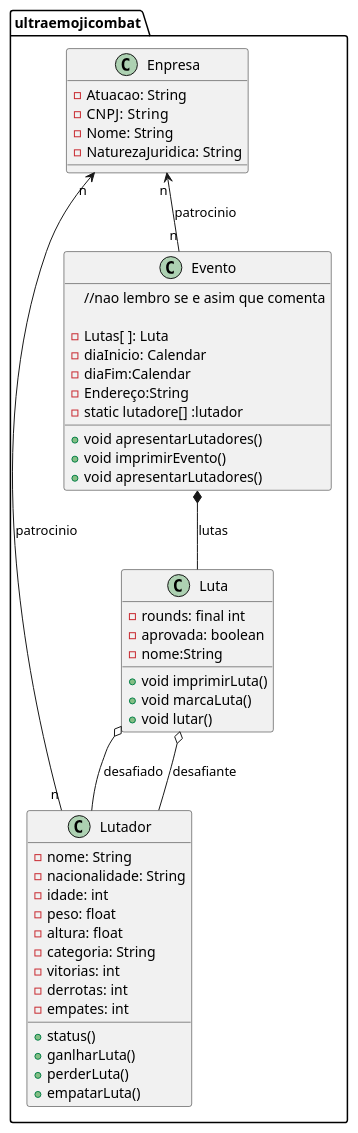
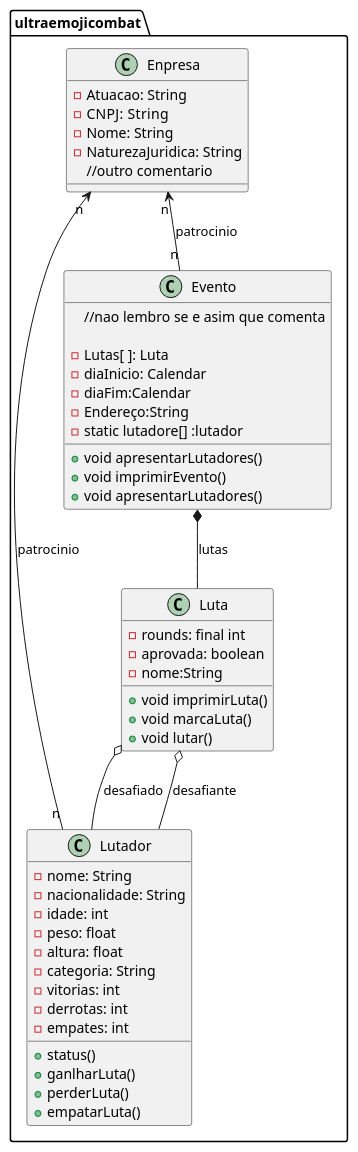
One commit to guisiq/ultraemojicombat changed the diagram in exercicio.wsd. Above: the diagram before and after it, drawn with PlantUML.

```diff
--- a/exercicio.wsd
+++ b/exercicio.wsd
@@ -1,52 +1,53 @@
 @startuml exercicio
 package  ultraemojicombat <<folder>>{
 
     class Lutador{
         - nome: String
         - nacionalidade: String
         - idade: int   
         - peso: float 
         - altura: float 
         - categoria: String
         - vitorias: int   
         - derrotas: int   
         - empates: int   
 
         + status()
         + ganlharLuta()
         + perderLuta()
         + empatarLuta()    
     }
     class Luta{
         - rounds: final int
         - aprovada: boolean
         - nome:String
         + void imprimirLuta()
         + void marcaLuta()
         + void lutar()
     }
     class Enpresa{
         - Atuacao: String
         - CNPJ:  String
         - Nome: String
         - NaturezaJuridica: String
+        //outro comentario
     }
     class Evento{
         //nao lembro se e asim que comenta 
 
         - Lutas[ ]: Luta
         - diaInicio: Calendar
         - diaFim:Calendar
         - Endereço:String
         - static lutadore[] :lutador
         + void apresentarLutadores()
         + void imprimirEvento()
         + void apresentarLutadores()
     }
     Evento *-- Luta: lutas
     Luta o-- Lutador: desafiado
     Luta o-- Lutador: desafiante
     Enpresa "n" <-- "n" Lutador :patrocinio
     Enpresa "n" <-- "n" Evento  :patrocinio
 }
 @enduml
```
